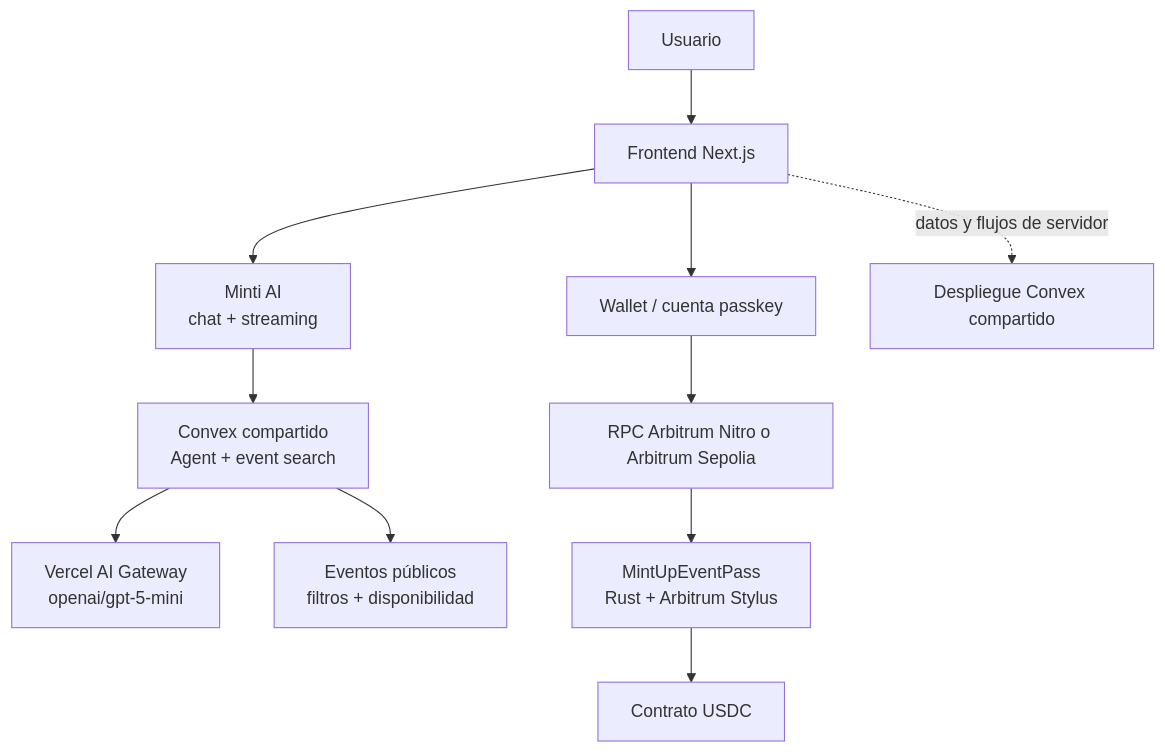
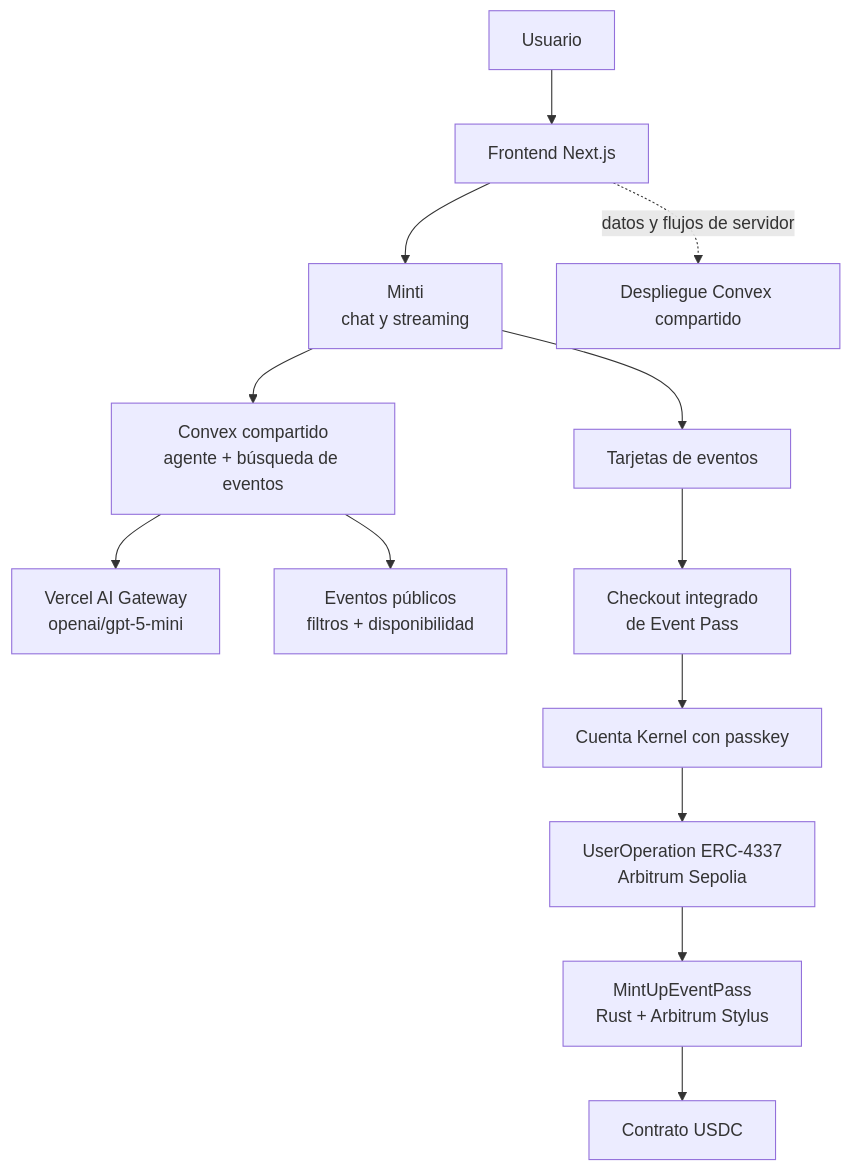
One commit to mavix21/mint-up-ethlimahack changed the diagram in readme.md. Above: the diagram before and after it, drawn with Mermaid. The commit also changed other lines of this file, not shown here.

Commit message:
feat: update README with Minti info to Get Pass

````diff
--- a/readme.md
+++ b/readme.md
@@ -156,13 +156,15 @@
 ```mermaid
 flowchart TD
   User[Usuario] --> Frontend[Frontend Next.js]
-  Frontend --> Minti[Minti AI<br/>chat + streaming]
-  Minti --> ConvexAI[Convex compartido<br/>Agent + event search]
+  Frontend --> Minti[Minti<br/>chat y streaming]
+  Minti --> ConvexAI[Convex compartido<br/>agente + búsqueda de eventos]
   ConvexAI --> LLM[Vercel AI Gateway<br/>openai/gpt-5-mini]
   ConvexAI --> EventData[Eventos públicos<br/>filtros + disponibilidad]
-  Frontend --> Wallet[Wallet / cuenta passkey]
-  Wallet --> RPC[RPC Arbitrum Nitro o Arbitrum Sepolia]
+  Minti --> Cards[Tarjetas de eventos]
+  Cards --> Checkout[Checkout integrado<br/>de Event Pass]
+  Checkout --> Wallet[Cuenta Kernel con passkey]
+  Wallet --> RPC[UserOperation ERC-4337<br/>Arbitrum Sepolia]
   RPC --> Stylus[MintUpEventPass<br/>Rust + Arbitrum Stylus]
   Stylus --> USDC[Contrato USDC]
   Frontend -. datos y flujos de servidor .-> Convex[Despliegue Convex compartido]
 ```
````
